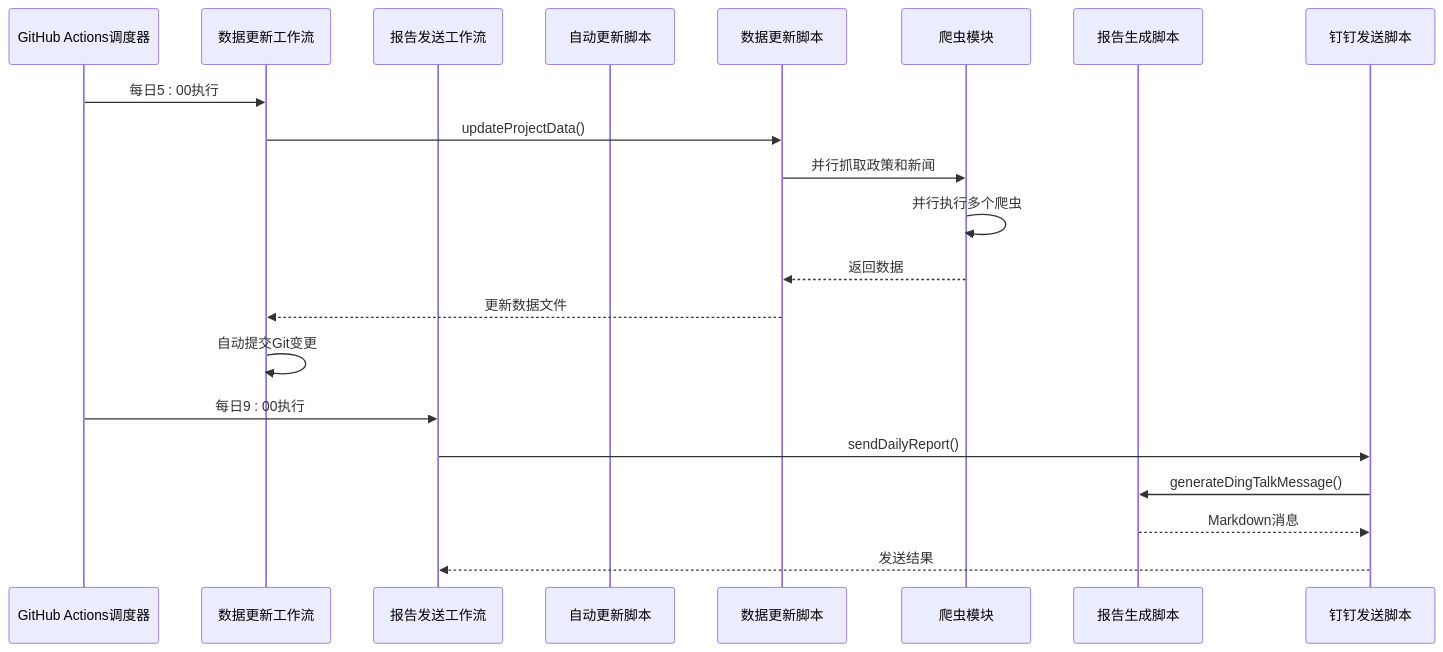
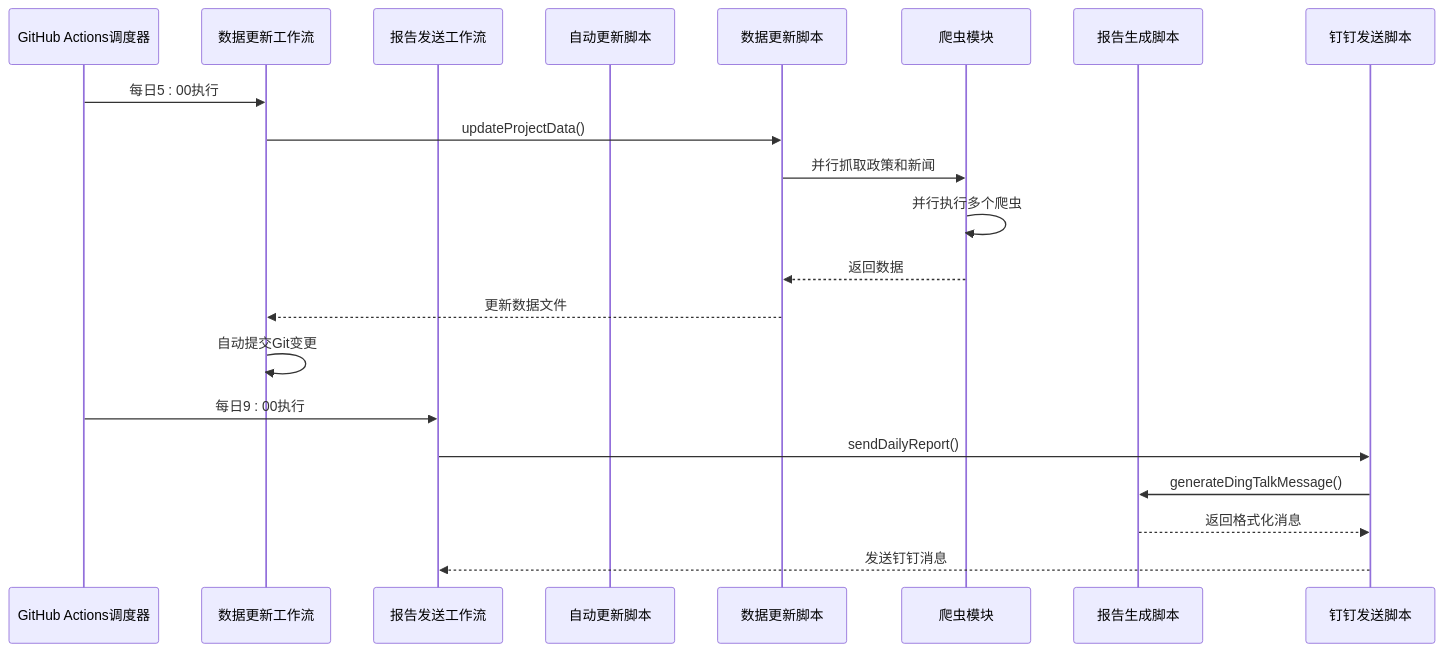
Before and after one commit to liangxuanliang-cmd/carbon-info-agent: the second of 16 diagrams in .qoder/repowiki/zh/content/部署与维护/自动化每日报告系统.md, drawn with Mermaid. The commit also changed other lines of this file and 21 other files, not shown here.

````diff
--- a/.qoder/repowiki/zh/content/部署与维护/自动化每日报告系统.md
+++ b/.qoder/repowiki/zh/content/部署与维护/自动化每日报告系统.md
@@ -149,23 +135,23 @@
 ```mermaid
 sequenceDiagram
 participant Scheduler as GitHub Actions调度器
 participant DataUpdate as 数据更新工作流
 participant ReportSend as 报告发送工作流
 participant AutoUpdate as 自动更新脚本
 participant UpdateData as 数据更新脚本
 participant Crawler as 爬虫模块
 participant Report as 报告生成脚本
 participant DingTalk as 钉钉发送脚本
 Scheduler->>DataUpdate : 每日5 : 00执行
 DataUpdate->>UpdateData : updateProjectData()
 UpdateData->>Crawler : 并行抓取政策和新闻
 Crawler->>Crawler : 并行执行多个爬虫
 Crawler-->>UpdateData : 返回数据
 UpdateData-->>DataUpdate : 更新数据文件
 DataUpdate->>DataUpdate : 自动提交Git变更
 Scheduler->>ReportSend : 每日9 : 00执行
 ReportSend->>DingTalk : sendDailyReport()
 DingTalk->>Report : generateDingTalkMessage()
-Report-->>DingTalk : Markdown消息
-DingTalk-->>ReportSend : 发送结果
+Report-->>DingTalk : 返回格式化消息
+DingTalk-->>ReportSend : 发送钉钉消息
 ```
````
